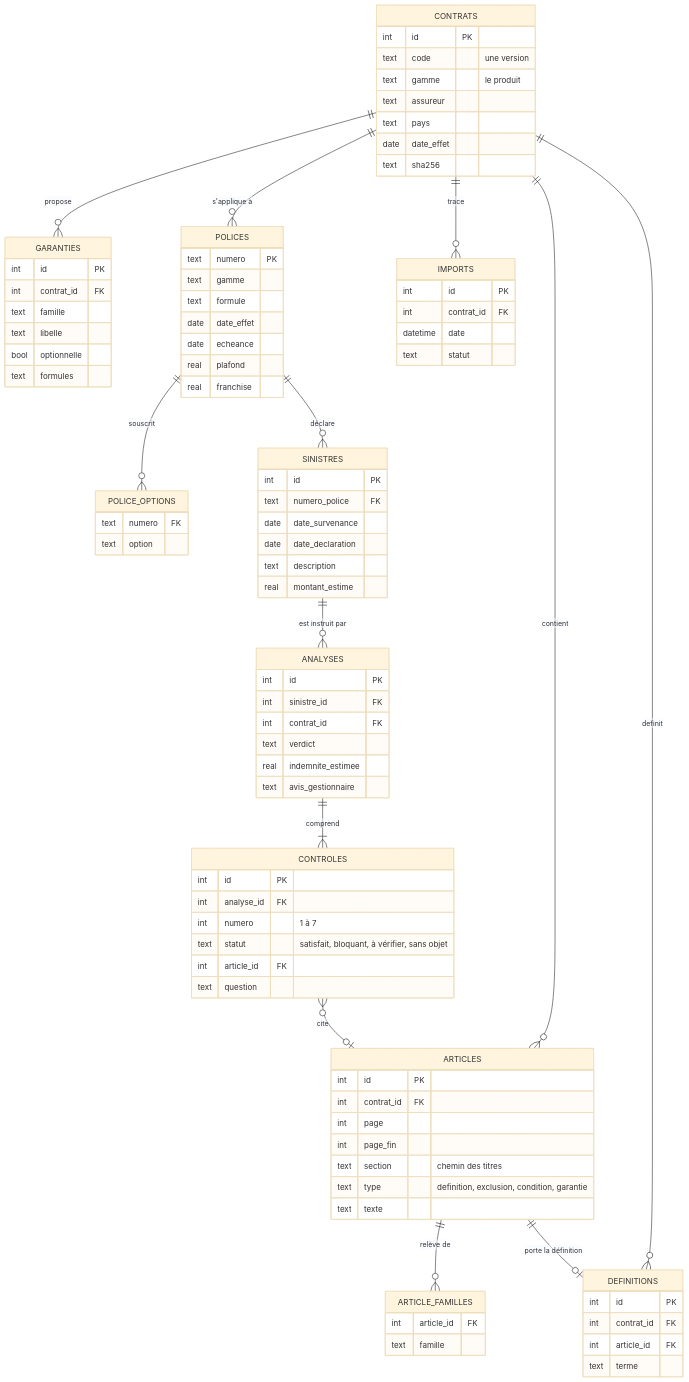
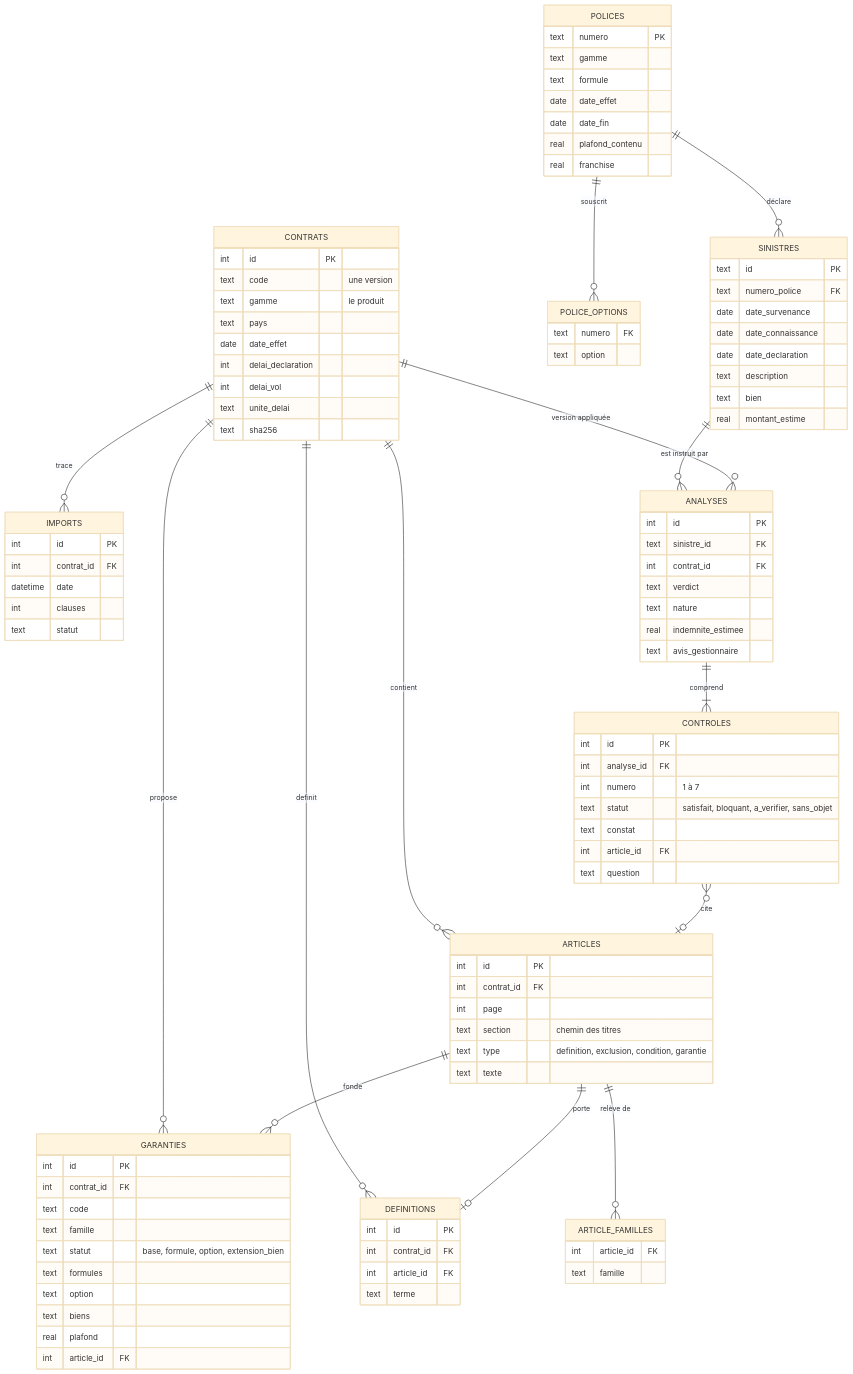
The diagram in docs/schemas/modele_donnees.mmd (metan40/claim-coverage-checker), drawn with Mermaid (base theme) before and after one commit. The commit also changed 18 other files, not shown here.

First line of the commit message:
Version 4 : modèle de données étendu, catalogue des garanties, instruction factuelle

```diff
--- a/docs/schemas/modele_donnees.mmd
+++ b/docs/schemas/modele_donnees.mmd
@@ -1,92 +1,103 @@
 erDiagram
   CONTRATS ||--o{ ARTICLES : contient
   CONTRATS ||--o{ DEFINITIONS : definit
   CONTRATS ||--o{ GARANTIES : propose
+  CONTRATS ||--o{ IMPORTS : trace
   ARTICLES ||--o{ ARTICLE_FAMILLES : "relève de"
-  ARTICLES ||--o| DEFINITIONS : "porte la définition"
-  CONTRATS ||--o{ POLICES : "s'applique à"
+  ARTICLES ||--o| DEFINITIONS : "porte"
+  ARTICLES ||--o{ GARANTIES : fonde
   POLICES ||--o{ POLICE_OPTIONS : souscrit
   POLICES ||--o{ SINISTRES : déclare
   SINISTRES ||--o{ ANALYSES : "est instruit par"
+  CONTRATS ||--o{ ANALYSES : "version appliquée"
   ANALYSES ||--|{ CONTROLES : comprend
   CONTROLES }o--o| ARTICLES : cite
-  CONTRATS ||--o{ IMPORTS : trace
   CONTRATS {
     int id PK
     text code "une version"
     text gamme "le produit"
-    text assureur
     text pays
     date date_effet
+    int delai_declaration
+    int delai_vol
+    text unite_delai
     text sha256
   }
   ARTICLES {
     int id PK
     int contrat_id FK
     int page
-    int page_fin
     text section "chemin des titres"
     text type "definition, exclusion, condition, garantie"
     text texte
   }
   ARTICLE_FAMILLES {
     int article_id FK
     text famille
   }
   DEFINITIONS {
     int id PK
     int contrat_id FK
     int article_id FK
     text terme
   }
   GARANTIES {
     int id PK
     int contrat_id FK
+    text code
     text famille
-    text libelle
-    bool optionnelle
+    text statut "base, formule, option, extension_bien"
     text formules
+    text option
+    text biens
+    real plafond
+    int article_id FK
   }
   POLICES {
     text numero PK
     text gamme
     text formule
     date date_effet
-    date echeance
-    real plafond
+    date date_fin
+    real plafond_contenu
     real franchise
   }
   POLICE_OPTIONS {
     text numero FK
     text option
   }
   SINISTRES {
-    int id PK
+    text id PK
     text numero_police FK
     date date_survenance
+    date date_connaissance
     date date_declaration
     text description
+    text bien
     real montant_estime
   }
   ANALYSES {
     int id PK
-    int sinistre_id FK
+    text sinistre_id FK
     int contrat_id FK
     text verdict
+    text nature
     real indemnite_estimee
     text avis_gestionnaire
   }
   CONTROLES {
     int id PK
     int analyse_id FK
     int numero "1 à 7"
-    text statut "satisfait, bloquant, à vérifier, sans objet"
+    text statut "satisfait, bloquant, a_verifier, sans_objet"
+    text constat
     int article_id FK
     text question
   }
   IMPORTS {
     int id PK
     int contrat_id FK
     datetime date
+    int clauses
     text statut
   }
```
